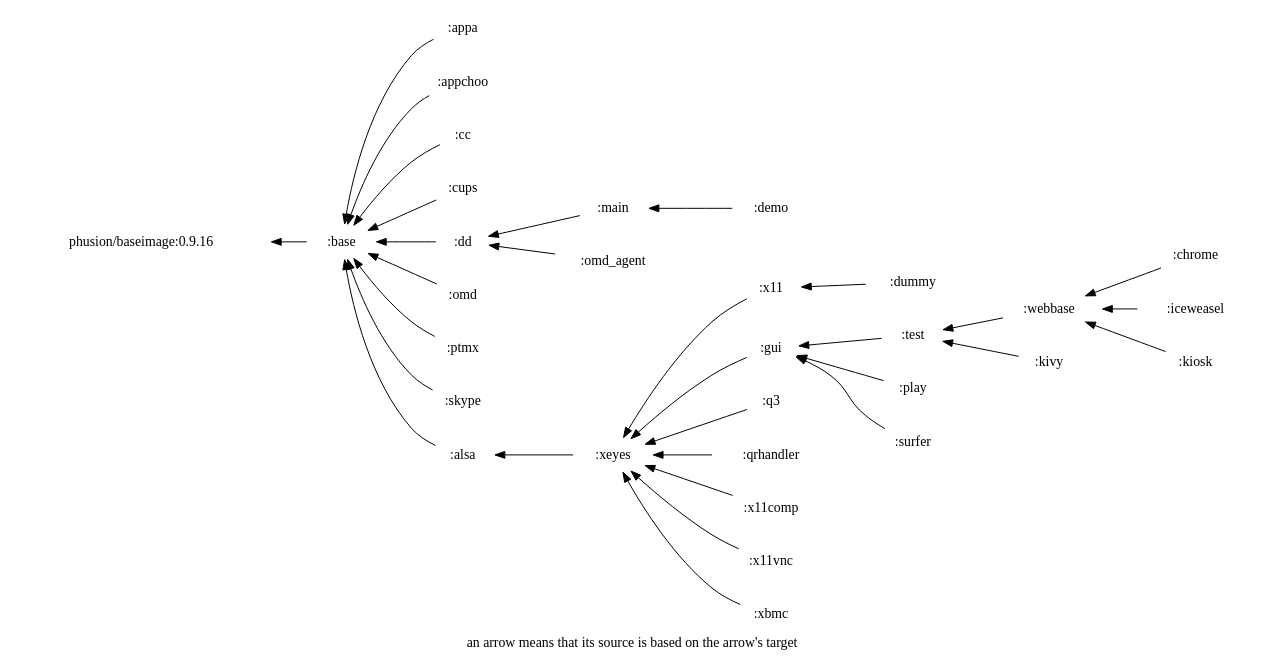
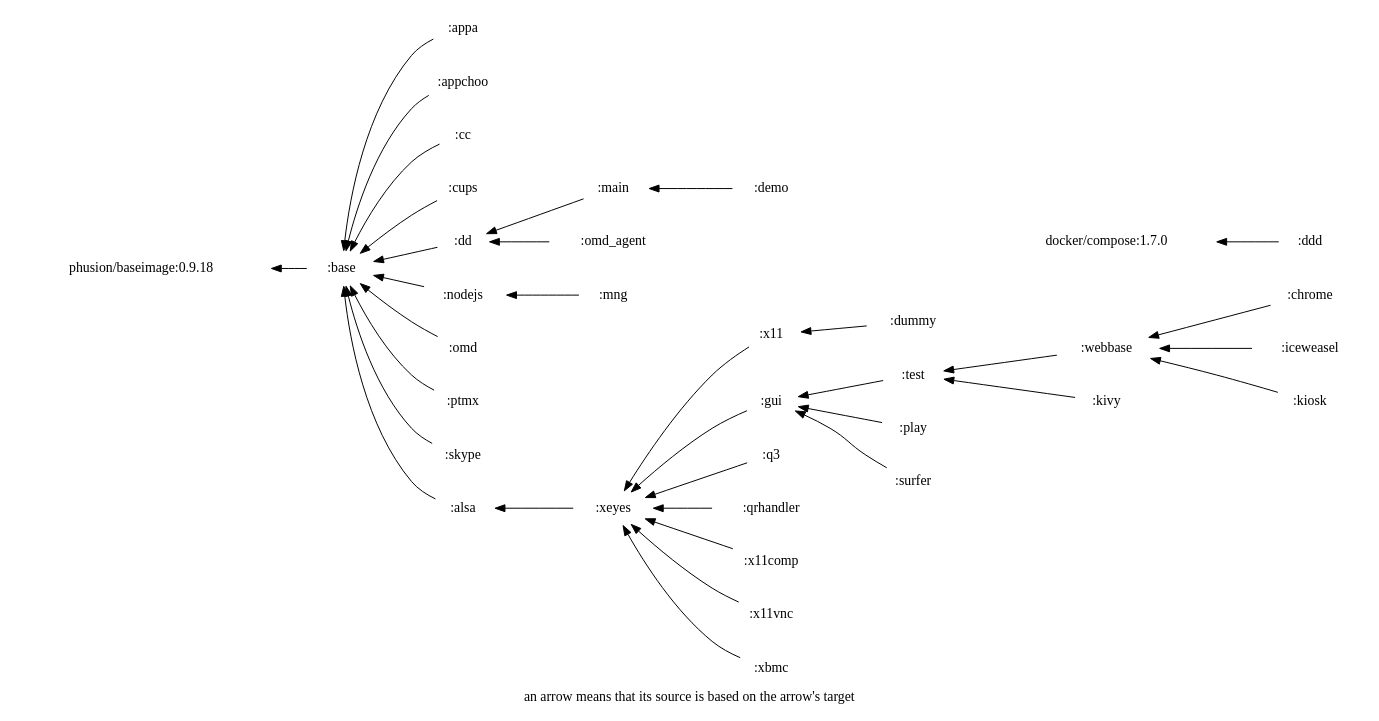
Before and after one commit to hilbert/hilbert-docker-images: the diagram in deps.dot, drawn with Graphviz. The commit also changed 9 other files, not shown here.

Commit message:
Update of base image phusion/baseimage:0.9.16 -> phusion/baseimage:0.9.18 (+update of my_init) and related changes (+minor Dockerfile changes)

```diff
--- a/deps.dot
+++ b/deps.dot
@@ -1,32 +1,35 @@
 digraph deps{ graph [label="an arrow means that its source is based on the arrow's target", labelloc=b]; node [color=white]; rankdir = RL;
 ":alsa" -> ":base" ;
 ":appa" -> ":base" ;
 ":appchoo" -> ":base" ;
-":base" -> "phusion/baseimage:0.9.16" ;
+":base" -> "phusion/baseimage:0.9.18" ;
 ":cc" -> ":base" ;
 ":chrome" -> ":webbase" ;
 ":cups" -> ":base" ;
 ":dd" -> ":base" ;
+":ddd" -> "docker/compose:1.7.0" ;
 ":demo" -> ":main" ;
 ":dummy" -> ":x11" ;
 ":gui" -> ":xeyes" ;
 ":iceweasel" -> ":webbase" ;
 ":kiosk" -> ":webbase" ;
 ":kivy" -> ":test" ;
 ":main" -> ":dd" ;
+":mng" -> ":nodejs" ;
+":nodejs" -> ":base" ;
 ":omd" -> ":base" ;
 ":omd_agent" -> ":dd" ;
 ":play" -> ":gui" ;
 ":ptmx" -> ":base" ;
 ":q3" -> ":xeyes" ;
 ":qrhandler" -> ":xeyes" ;
 ":skype" -> ":base" ;
 ":surfer" -> ":gui" ;
 ":test" -> ":gui" ;
 ":webbase" -> ":test" ;
 ":x11" -> ":xeyes" ;
 ":x11comp" -> ":xeyes" ;
 ":x11vnc" -> ":xeyes" ;
 ":xbmc" -> ":xeyes" ;
 ":xeyes" -> ":alsa" ;
 }
```
